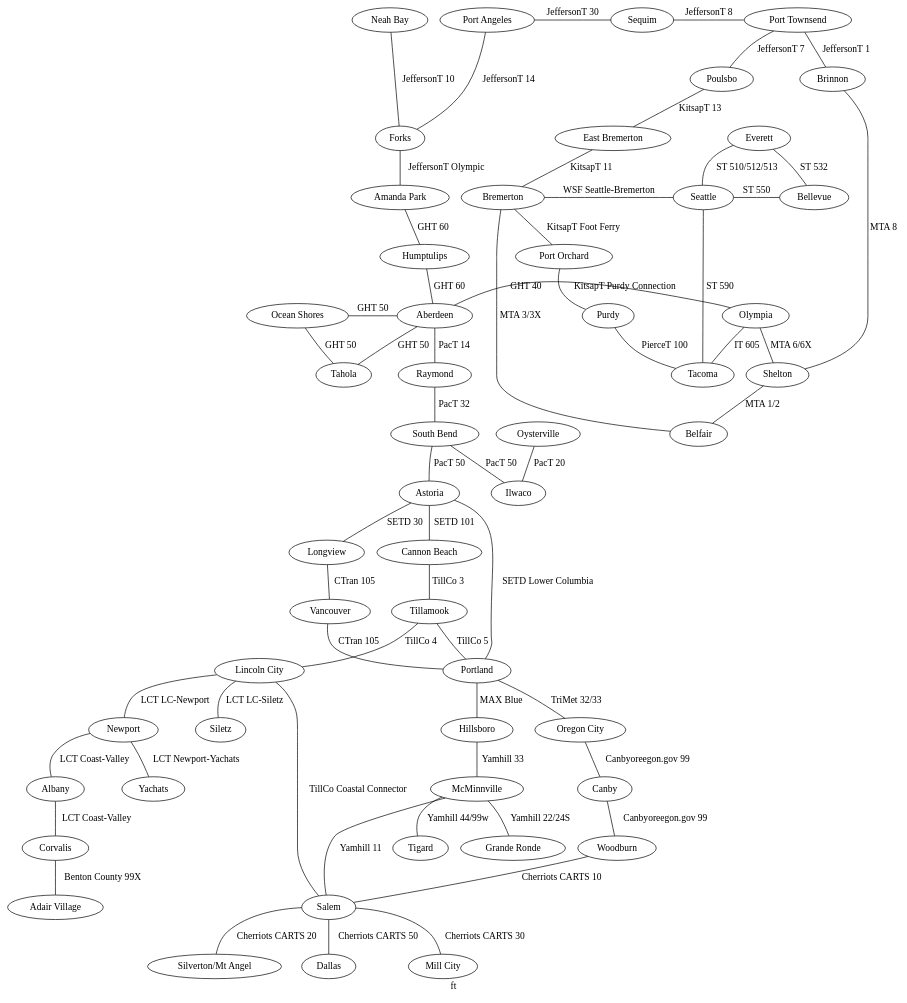
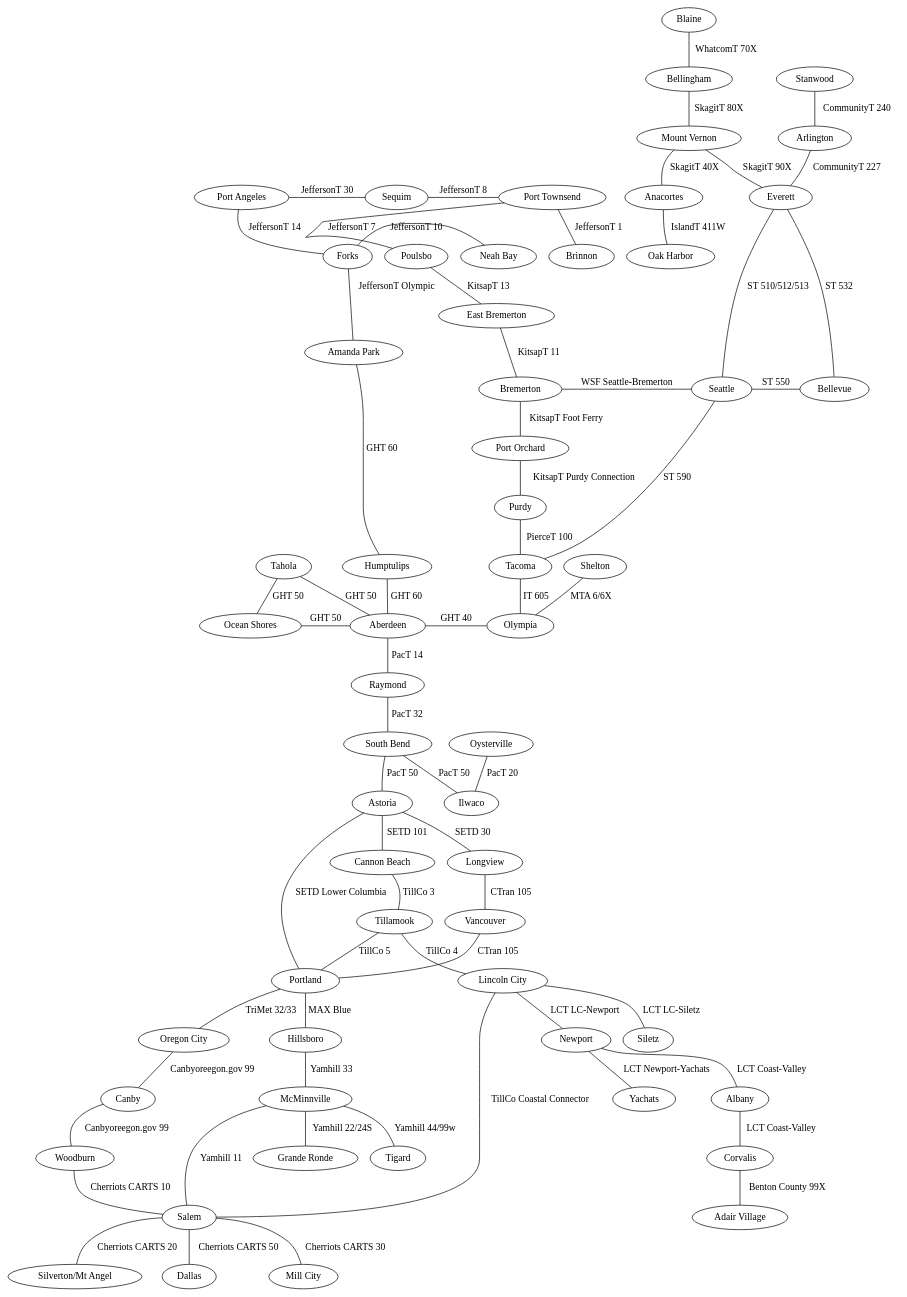
The diagram in graphs/transit.dot (nbirnel/learning-graph-theory), drawn with Graphviz before and after one commit.

Commit message:
clean up transit

```diff
--- a/graphs/transit.dot
+++ b/graphs/transit.dot
@@ -1,88 +1,93 @@
 strict graph  {
-	graph [label=ft];
+    Blaine -- Bellingham [label="WhatcomT 70X"];
+    Bellingham -- "Mount Vernon" [label="SkagitT 80X"];
+    "Mount Vernon" -- Everett [label="SkagitT 90X"];
+    "Mount Vernon" -- Anacortes [label="SkagitT 40X"];
+    Anacortes -- "Oak Harbor" [label="IslandT 411W"];
+    Stanwood -- Arlington [label="CommunityT 240"];
+    Arlington -- Everett [label="CommunityT 227"];
+    {rank=same; "Neah Bay", Forks}
     "Neah Bay" -- Forks [label="JeffersonT 10"];
     "Port Angeles" -- Forks [label="JeffersonT 14"];
     "Port Angeles" -- Sequim [label="JeffersonT 30"];
     Sequim -- "Port Townsend" [label="JeffersonT 8"];
+    #{rank=same; Brinnon, Poulsbo}
     "Port Townsend" -- Brinnon [label="JeffersonT 1"];
     "Port Townsend" -- Poulsbo [label="JeffersonT 7"];
     #Poulsbo -- Silverdale [label="KitsapT 32"];
     Poulsbo -- "East Bremerton" [label="KitsapT 13"];
     "East Bremerton" -- Bremerton [label="KitsapT 11"];
     Forks -- "Amanda Park" [label="JeffersonT Olympic"];
 	Everett -- Seattle [label="ST 510/512/513"];
 	Seattle -- Tacoma [label="ST 590"];
 	#Seattle -- Woodinville [label="ST 522"];
 	Seattle -- Bellevue [label="ST 550"];
 	#Seattle -- Issaquah [label="ST 554"];
     Everett -- Bellevue [label="ST 532"];
 	Bremerton -- Seattle [label="WSF Seattle-Bremerton"];
+    #Brinnon -- Shelton [label="MTA 8"];
+    Shelton -- Olympia [label="MTA 6/6X"];
 	Tacoma -- Olympia [label="IT 605"];
 	Bremerton -- "Port Orchard" [label="KitsapT Foot Ferry"];
+    {rank=same; Humptulips, Tacoma;}
 	"Port Orchard" -- Purdy [label="KitsapT Purdy Connection"];
     Purdy -- Tacoma [label="PierceT 100"];
-	Portland;
     Vancouver -- Portland [label="CTran 105"];
     Longview -- Vancouver [label="CTran 105"];
     #"St Helens" -- Portland [label="CCRider 1"];
     #Portland -- "Sauvie Island" [label="TriMet 16"];
     #Portland -- "Forest Grove" [label="TriMet 57"];
     Portland -- "Oregon City" [label="TriMet 32/33"];
     "Oregon City" -- Canby [label="Canbyoreegon.gov 99"];
     Canby-- Woodburn [label="Canbyoreegon.gov 99"];
     Woodburn -- Salem [label="Cherriots CARTS 10"];
     #Portland -- Gresham [label="TriMet 4"];
     #Portland -- Estacada [label="TriMet 30"];
     Portland -- Hillsboro [label="MAX Blue"];
     Hillsboro -- McMinnville [label="Yamhill 33"];
     McMinnville -- "Grande Ronde" [label="Yamhill 22/24S"];
     McMinnville -- Salem [label="Yamhill 11"];
     McMinnville -- Tigard [label="Yamhill 44/99w"];
-	"Cannon Beach";
-	Astoria;
 	Astoria -- Portland [label="SETD Lower Columbia"];
 	"Amanda Park" -- Humptulips [label="GHT 60"];
 	Humptulips -- Aberdeen [label="GHT 60"];
 	Tahola -- Aberdeen [label="GHT 50"];
 	Aberdeen -- Olympia [label="GHT 40"];
 	Aberdeen -- Raymond [label="PacT 14"];
 	Raymond -- "South Bend" [label="PacT 32"];
     Oysterville -- Ilwaco [label="PacT 20"];
 	"South Bend" -- Ilwaco [label="PacT 50"];
 	"South Bend" -- Astoria [label="PacT 50"];
 	#Aberdeen -- Centralia [label="GHT 90"];
 	"Ocean Shores" -- Tahola [label="GHT 50"];
     "Ocean Shores" -- Aberdeen [label="GHT 50"];
-    Brinnon -- Shelton [label="MTA 8"];
-    Shelton -- Olympia [label="MTA 6/6X"];
-    Shelton -- Belfair [label="MTA 1/2"];
-    Bremerton -- Belfair [label="MTA 3/3X"];
+    #Shelton -- Belfair [label="MTA 1/2"];
+    #Bremerton -- Belfair [label="MTA 3/3X"];
     #Shelton -- "Lake Cushman" [label="MTA 11"];
     Astoria -- "Cannon Beach" [label="SETD 101"];
     #Seaside -- Manzanita [label="TillCo 20"];
     "Cannon Beach" -- Tillamook [label="TillCo 3"];
     Tillamook -- "Lincoln City" [label="TillCo 4"];
     Tillamook -- Portland [label="TillCo 5"];
     Astoria -- Longview [label="SETD 30"];
     "Lincoln City" -- Salem [label="TillCo Coastal Connector"]
     "Lincoln City" -- Newport [label="LCT LC-Newport"]
     "Lincoln City" -- Siletz [label="LCT LC-Siletz"]
     Newport -- Yachats [label="LCT Newport-Yachats"]
     Newport -- Albany [label="LCT Coast-Valley"]
     Albany -- Corvalis [label="LCT Coast-Valley"]
     Corvalis -- "Adair Village" [label="Benton County 99X"]
     Salem -- "Silverton/Mt Angel" [label="Cherriots CARTS 20"];
     Salem -- Dallas [label="Cherriots CARTS 50"];
     Salem -- "Mill City" [label="Cherriots CARTS 30"];
     #"North Bend" -- "Coos Bay" [label="CurryPT CoastalX"];
     #"Coos Bay" -- "Port Orford" [label="CurryPT CoastalX"];
     #"Port Orford" -- "Smith River"  [label="CurryPT CoastalX"];
     #"Smith River" -- "Crescent City" [label="RedwoodCoastalT 20"];
     #"Crescent City" -- "Klamath" [label="RedwoodCoastalT 10"];
-    {rank=same; "Neah Bay", "Port Angeles", Sequim, "Port Townsend"}
-    {rank=same; Forks, Everett}
-    {rank=same; Brinnon, Poulsbo}
+    {rank=same; "Port Angeles", Sequim, "Port Townsend", Everett}
+    #{rank=same; Forks, Everett}
     {rank=same; Bremerton, Seattle, Bellevue }
-    {rank=same; Tahola, Shelton, Tacoma}
+    {rank=same; Tahola, Tacoma}
     {rank=same; "Ocean Shores", Aberdeen, Olympia}
 }
```
